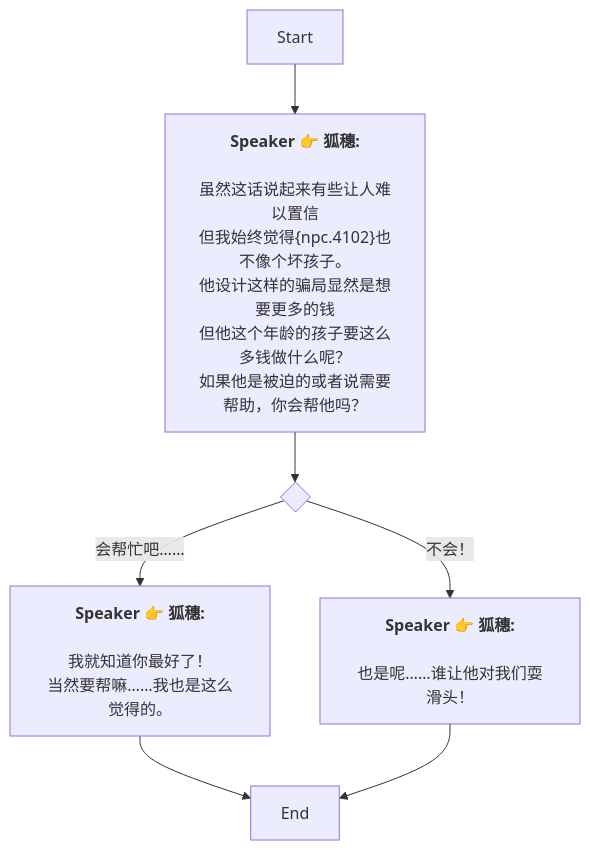
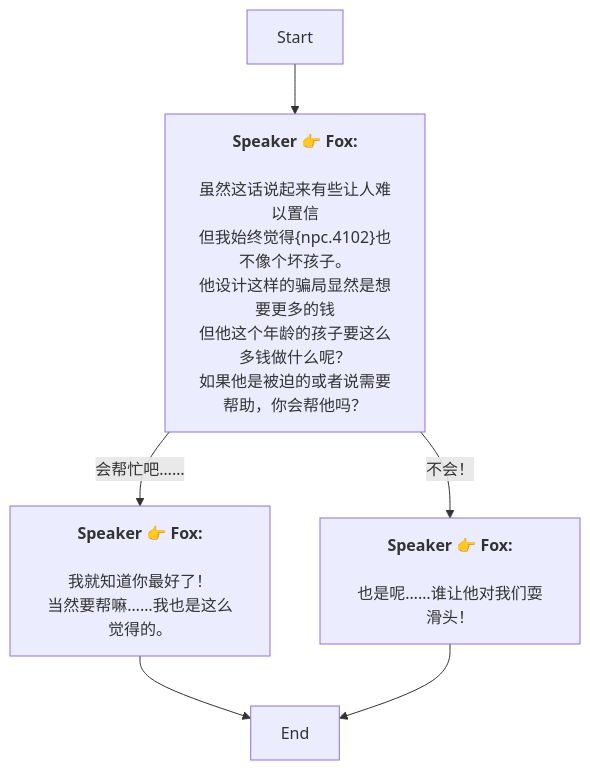
Before and after one commit to SoftHu/tos_avg: the diagram in Zh/AddDialogNode_1739677228568795.md, drawn with Mermaid. The commit also changed 737 other files, not shown here.

````diff
--- a/Zh/AddDialogNode_1739677228568795.md
+++ b/Zh/AddDialogNode_1739677228568795.md
@@ -1,21 +1,15 @@
 ```mermaid
 graph
-Start -->1739678263310558[<b>Speaker 👉 狐穗:</b>
-
-虽然这话说起来有些让人难以置信
-但我始终觉得&lbrace;npc.4102&rbrace;也不像个坏孩子。
-他设计这样的骗局显然是想要更多的钱
-但他这个年龄的孩子要这么多钱做什么呢？
-如果他是被迫的或者说需要帮助，你会帮他吗？]
-1739678263310558 -->1739678761921760{ }
-1739678761921760 -->|会帮忙吧……|1739678885011685[<b>Speaker 👉 狐穗:</b>
-
-我就知道你最好了！
+Start -->1739678263310558[<b>Speaker 👉 Fox:</b>
+\n虽然这话说起来有些让人难以置信
+但我始终觉得&lbrace;npc.4102&rbrace;也不像个坏孩子。\n他设计这样的骗局显然是想要更多的钱
+但他这个年龄的孩子要这么多钱做什么呢？\n如果他是被迫的或者说需要帮助，你会帮他吗？]
+1739678263310558 -->|会帮忙吧……|1739678885011685[<b>Speaker 👉 Fox:</b>
+\n我就知道你最好了！
 当然要帮嘛……我也是这么觉得的。]
-1739678761921760 -->|不会！|1739678888733926[<b>Speaker 👉 狐穗:</b>
-
-也是呢……谁让他对我们耍滑头！]
+1739678263310558 -->|不会！|1739678888733926[<b>Speaker 👉 Fox:</b>
+\n也是呢……谁让他对我们耍滑头！]
 1739678885011685 -->1739681102776551[End]
 1739678888733926 -->1739681102776551[End]
 
- ```
+```
````
